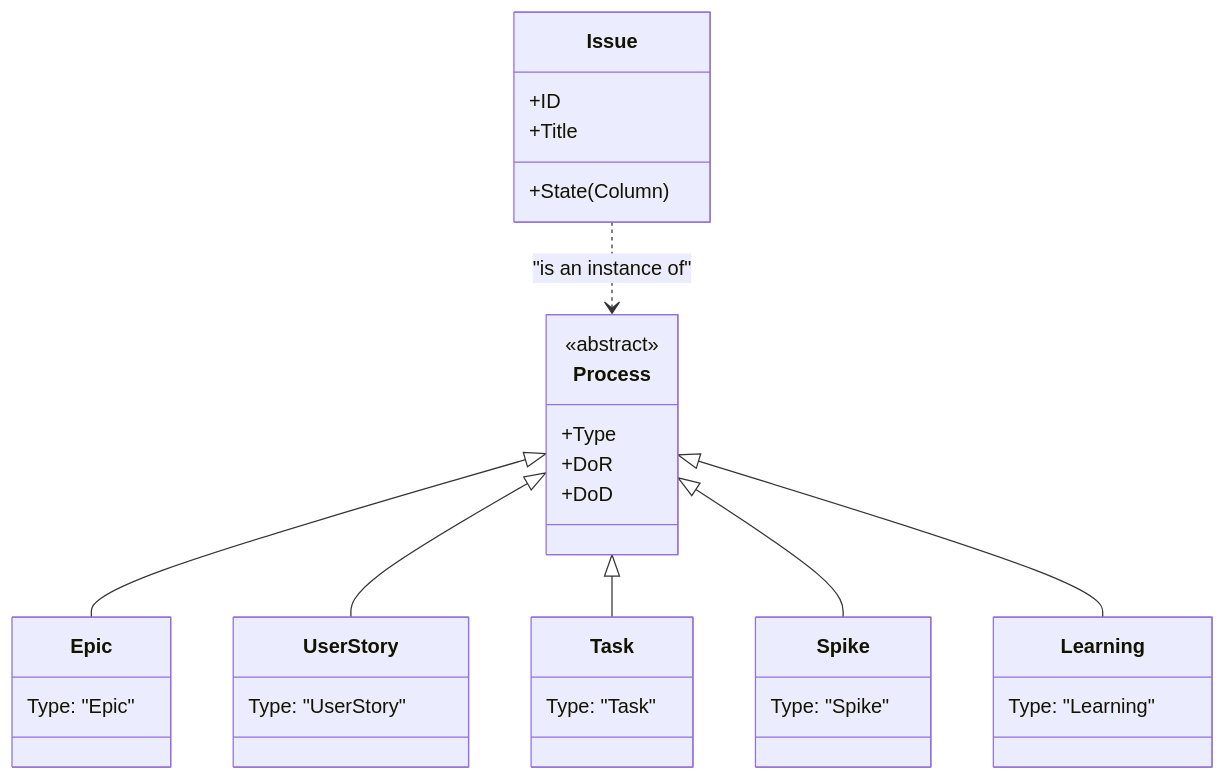
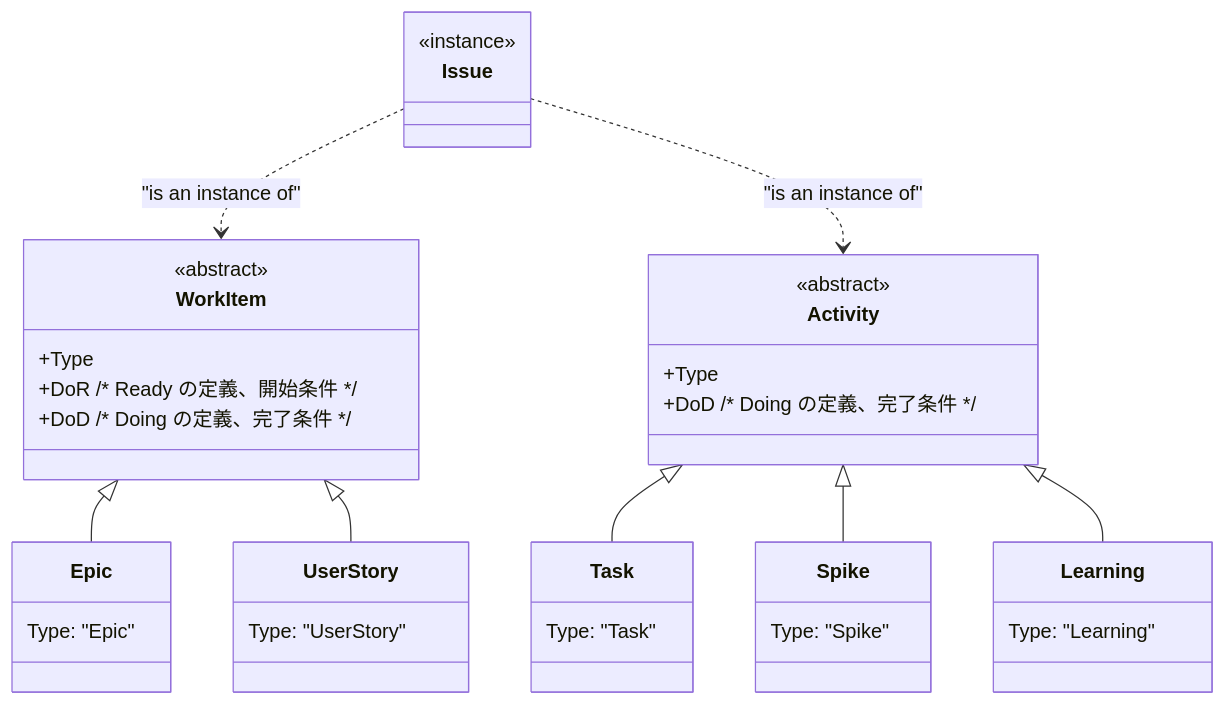
The first of 2 diagrams in task-management/index.md (ndxbn/ndxbn.github.io), drawn with Mermaid before and after one commit. The commit also changed other lines of this file, not shown here.

````diff
--- a/task-management/index.md
+++ b/task-management/index.md
@@ -10,39 +10,43 @@
 ```mermaid
 classDiagram
     direction TD
 
-    class Process {
+    class WorkItem {
         <<abstract>>
         +Type
-        +DoR
-        +DoD
+        +DoR /* Ready の定義、開始条件 */
+        +DoD /* Doing の定義、完了条件 */
     }
     class Epic {
         Type: "Epic"
     }
     class UserStory {
         Type: "UserStory"
+    }
+    WorkItem <|-- Epic
+    WorkItem <|-- UserStory
+
+    class Activity {
+        <<abstract>>
+        +Type
+        +DoD /* Doing の定義、完了条件 */
     }
     class Task {
         Type: "Task"
     }
     class Spike {
         Type: "Spike"
     }
     class Learning {
         Type: "Learning"
     }
-
-    Process <|-- Epic
-    Process <|-- UserStory
-    Process <|-- Task
-    Process <|-- Spike
-    Process <|-- Learning
+    Activity <|-- Task
+    Activity <|-- Spike
+    Activity <|-- Learning
 
     class Issue {
-        +ID
-        +Title
-        +State (Column)
+        <<instance>>
     }
-    Issue ..> Process : "is an instance of"
+    Issue ..> WorkItem : "is an instance of"
+    Issue ..> Activity : "is an instance of"
 ```
````
